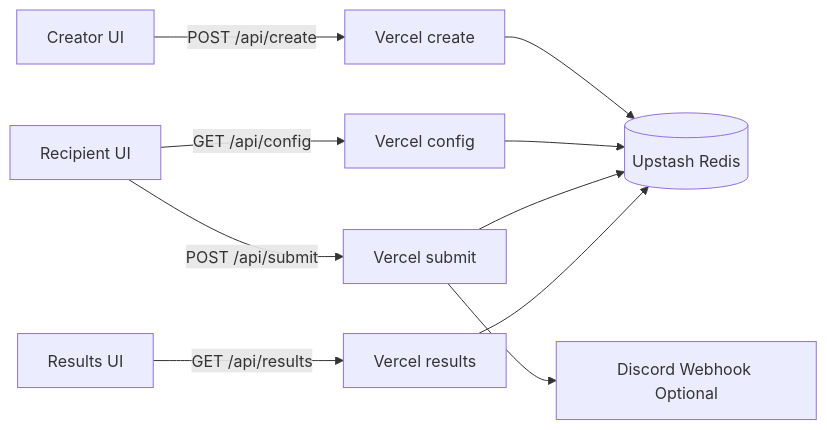
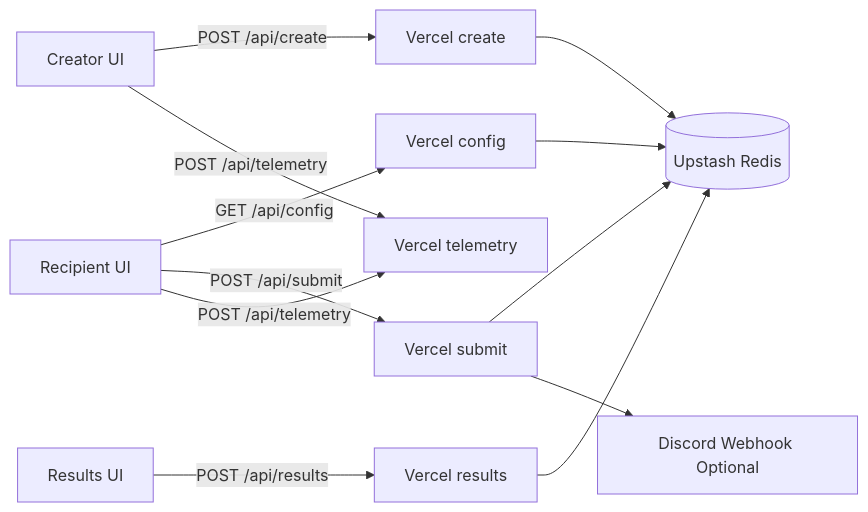
One commit to Emmanuelnoi/val-land changed the first of 2 diagrams in article/mediumfinal.md. Above: the diagram before and after it, drawn with Mermaid. The commit also changed other lines of this file and 22 other files, not shown here.

````diff
--- a/article/mediumfinal.md
+++ b/article/mediumfinal.md
@@ -51,14 +45,16 @@
 ```mermaid
 flowchart LR
   A[Creator UI] -->|POST /api/create| B[Vercel create]
   C[Recipient UI] -->|GET /api/config| D[Vercel config]
   C -->|POST /api/submit| E[Vercel submit]
-  F[Results UI] -->|GET /api/results| G[Vercel results]
+  F[Results UI] -->|POST /api/results| G[Vercel results]
+  A -->|POST /api/telemetry| T[Vercel telemetry]
+  C -->|POST /api/telemetry| T
 
   B --> H[(Upstash Redis)]
   D --> H
   E --> H
   G --> H
 
   E --> I[Discord Webhook Optional]
 ```
````
